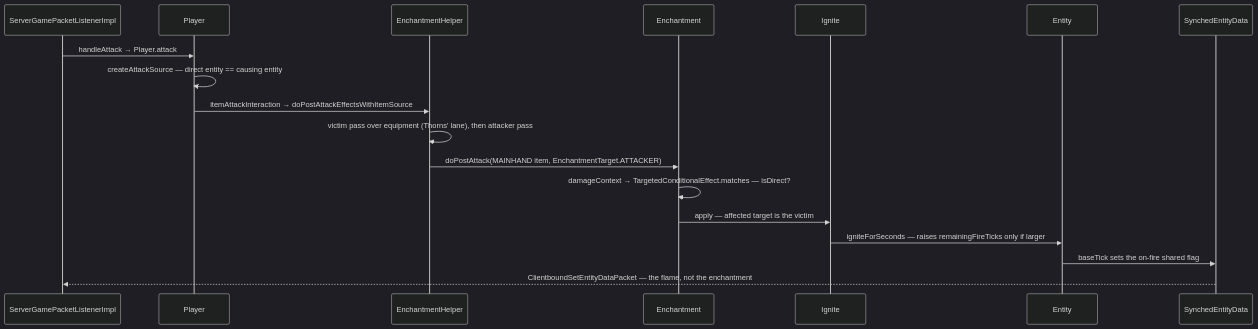
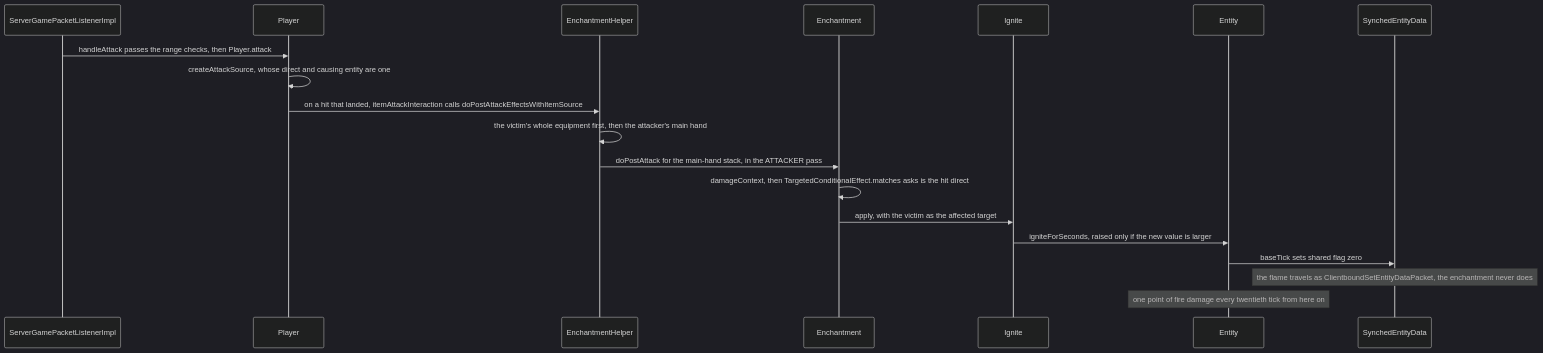
Before and after one commit to AlexanderjFraser/MinecraftDocs: the second of 2 diagrams in src/systems/items/enchantments.md, drawn with Mermaid (dark theme). The commit also changed other lines of this file and 26 other files, not shown here.

````diff
--- a/src/systems/items/enchantments.md
+++ b/src/systems/items/enchantments.md
@@ -134,21 +170,22 @@
 ```mermaid
 sequenceDiagram
     participant SGPL as ServerGamePacketListenerImpl
-    participant P as Player
+    participant Player as Player
     participant EH as EnchantmentHelper
-    participant E as Enchantment
-    participant IG as Ignite
-    participant EN as Entity
+    participant Ench as Enchantment
+    participant Ignite as Ignite
+    participant Entity as Entity
     participant SED as SynchedEntityData
 
-    SGPL->>P: handleAttack → Player.attack
-    P->>P: createAttackSource — direct entity == causing entity
-    P->>EH: itemAttackInteraction → doPostAttackEffectsWithItemSource
-    EH->>EH: victim pass over equipment (Thorns' lane), then attacker pass
-    EH->>E: doPostAttack(MAINHAND item, EnchantmentTarget.ATTACKER)
-    E->>E: damageContext → TargetedConditionalEffect.matches — isDirect?
-    E->>IG: apply — affected target is the victim
-    IG->>EN: igniteForSeconds — raises remainingFireTicks only if larger
-    EN->>SED: baseTick sets the on-fire shared flag
-    SED-->>SGPL: ClientboundSetEntityDataPacket — the flame, not the enchantment
+    SGPL->>Player: handleAttack passes the range checks, then Player.attack
+    Player->>Player: createAttackSource, whose direct and causing entity are one
+    Player->>EH: on a hit that landed, itemAttackInteraction calls doPostAttackEffectsWithItemSource
+    EH->>EH: the victim's whole equipment first, then the attacker's main hand
+    EH->>Ench: doPostAttack for the main-hand stack, in the ATTACKER pass
+    Ench->>Ench: damageContext, then TargetedConditionalEffect.matches asks is the hit direct
+    Ench->>Ignite: apply, with the victim as the affected target
+    Ignite->>Entity: igniteForSeconds, raised only if the new value is larger
+    Entity->>SED: baseTick sets shared flag zero
+    Note over SED: the flame travels as ClientboundSetEntityDataPacket, the enchantment never does
+    Note over Entity: one point of fire damage every twentieth tick from here on
 ```
````
